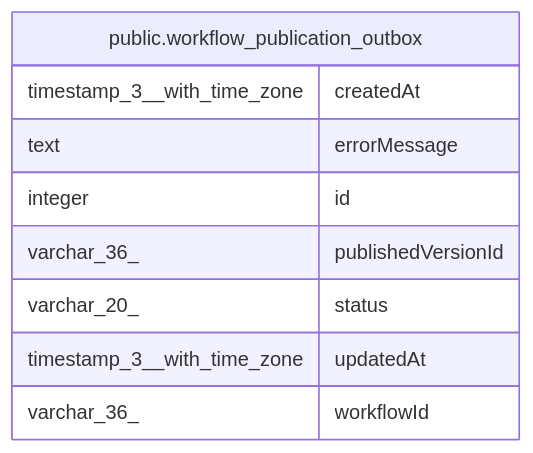
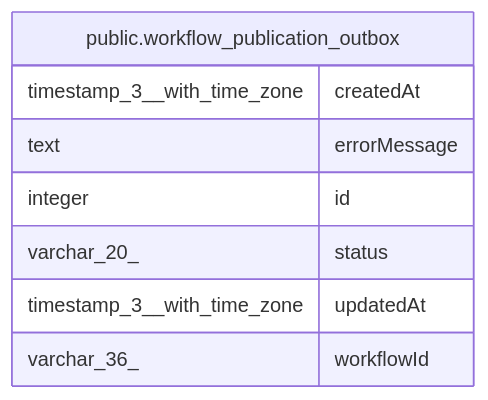
The diagram in docs/generated/postgres-schema/public.workflow_publication_outbox.md (mayankjain1815-commits/n8n), drawn with Mermaid before and after one commit. The commit also changed other lines of this file and 18 other files, not shown here.

First line of the commit message:
refactor(core): Drop the outbox publishedVersionId column

````diff
--- a/docs/generated/postgres-schema/public.workflow_publication_outbox.md
+++ b/docs/generated/postgres-schema/public.workflow_publication_outbox.md
@@ -37,14 +35,13 @@
 ```mermaid
 erDiagram
 
 
 "public.workflow_publication_outbox" {
   timestamp_3__with_time_zone createdAt
   text errorMessage
   integer id
-  varchar_36_ publishedVersionId
   varchar_20_ status
   timestamp_3__with_time_zone updatedAt
   varchar_36_ workflowId
 }
 ```
````
